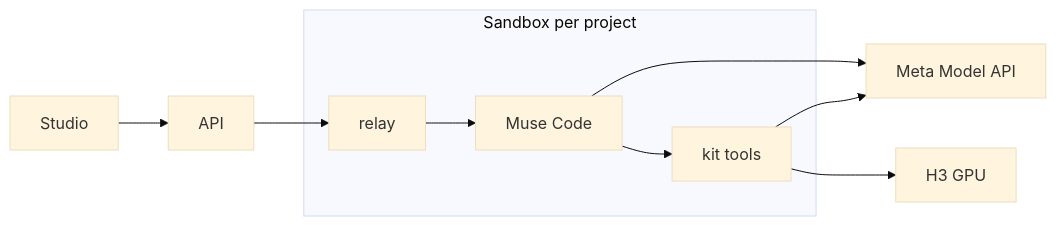
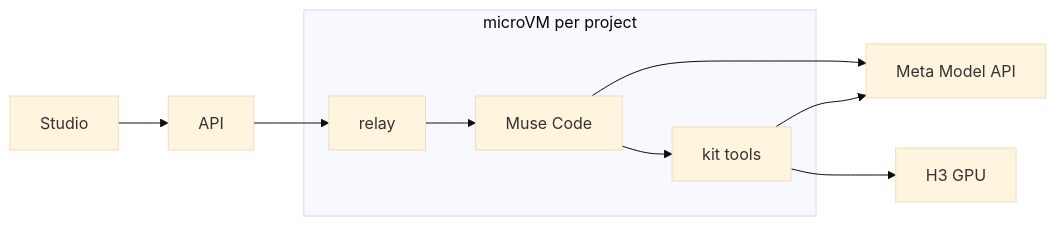
One commit to treksis/Shotprint changed the diagram in README.md. Above: the diagram before and after it, drawn with Mermaid (base theme). The commit also changed other lines of this file and 4 other files, not shown here.

First line of the commit message:
Run each project in its own microVM with Apple's container runtime

````diff
--- a/README.md
+++ b/README.md
@@ -27,11 +30,11 @@
 ```mermaid
 flowchart LR
   UI[Studio] --> API[API]
   API --> R[relay]
-  subgraph Sandbox per project
+  subgraph microVM per project
     R --> MC[Muse Code] --> KIT[kit tools]
   end
   MC --> META[Meta Model API]
   KIT --> META
   KIT --> H3[H3 GPU]
 ```
````
